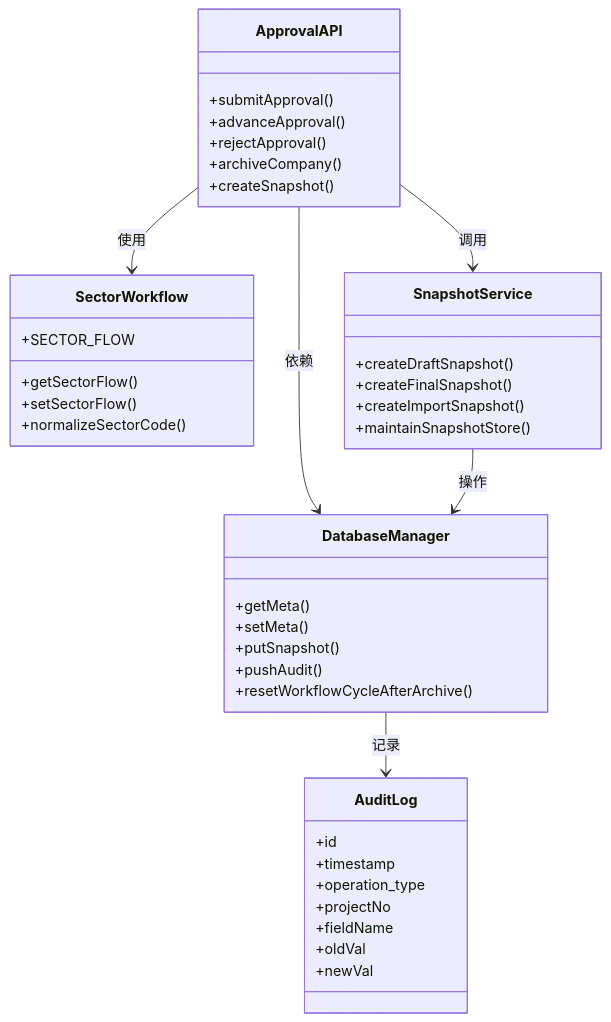
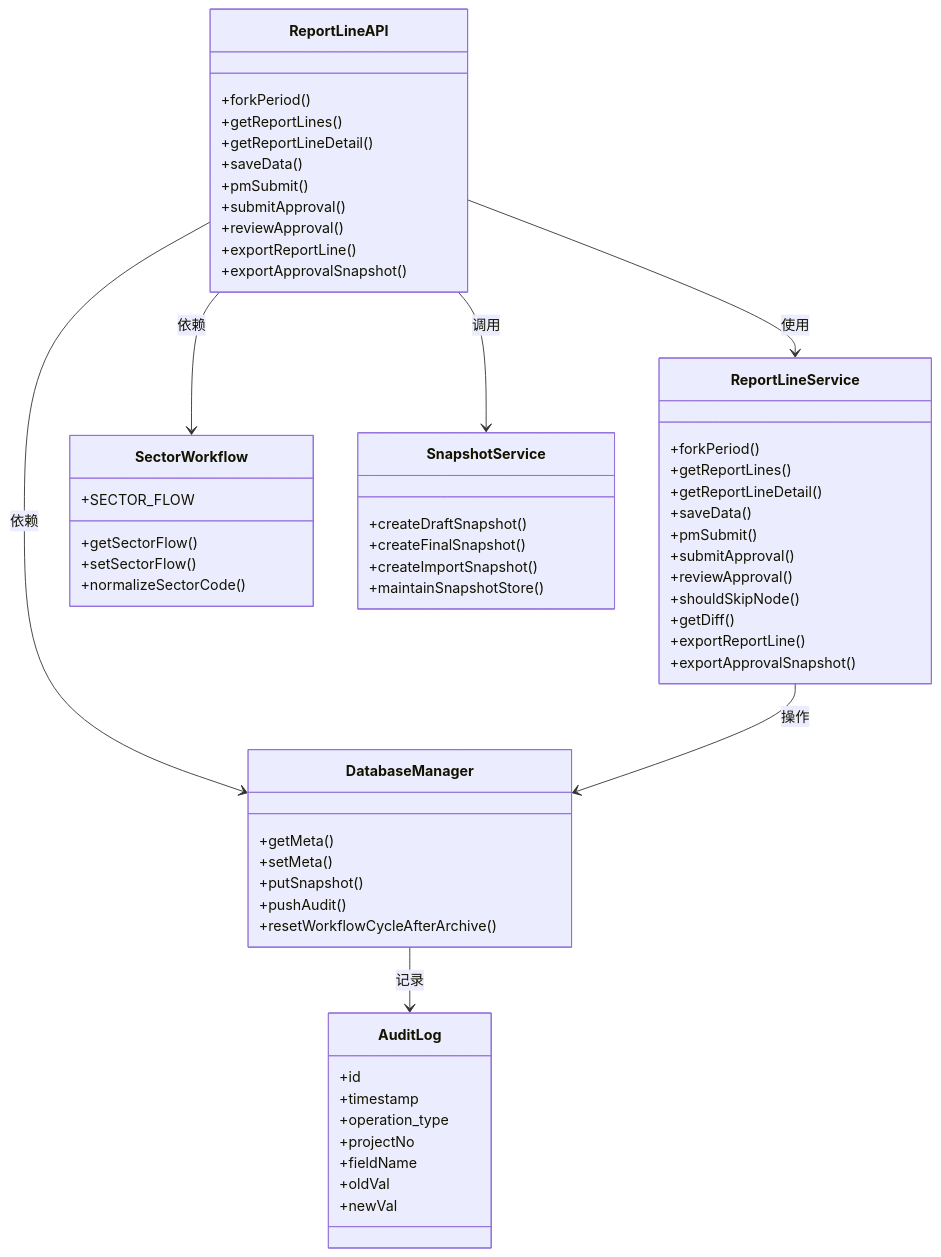
Before and after one commit to marcelxu0272/202605_project-tracking-table: the third of 4 diagrams in .qoder/repowiki/zh/content/API接口文档/审批流程API.md, drawn with Mermaid. The commit also changed other lines of this file and 17 other files, not shown here.

````diff
--- a/.qoder/repowiki/zh/content/API接口文档/审批流程API.md
+++ b/.qoder/repowiki/zh/content/API接口文档/审批流程API.md
@@ -311,43 +415,61 @@
 ```mermaid
 classDiagram
-class ApprovalAPI {
+class ReportLineAPI {
++forkPeriod()
++getReportLines()
++getReportLineDetail()
++saveData()
++pmSubmit()
 +submitApproval()
-+advanceApproval()
-+rejectApproval()
-+archiveCompany()
-+createSnapshot()
++reviewApproval()
++exportReportLine()
++exportApprovalSnapshot()
+}
+class ReportLineService {
++forkPeriod()
++getReportLines()
++getReportLineDetail()
++saveData()
++pmSubmit()
++submitApproval()
++reviewApproval()
++shouldSkipNode()
++getDiff()
++exportReportLine()
++exportApprovalSnapshot()
 }
 class SectorWorkflow {
 +getSectorFlow()
 +setSectorFlow()
 +normalizeSectorCode()
 +SECTOR_FLOW
 }
 class SnapshotService {
 +createDraftSnapshot()
 +createFinalSnapshot()
 +createImportSnapshot()
 +maintainSnapshotStore()
 }
 class DatabaseManager {
 +getMeta()
 +setMeta()
 +putSnapshot()
 +pushAudit()
 +resetWorkflowCycleAfterArchive()
 }
 class AuditLog {
 +id
 +timestamp
 +operation_type
 +projectNo
 +fieldName
 +oldVal
 +newVal
 }
-ApprovalAPI --> SectorWorkflow : 使用
-ApprovalAPI --> SnapshotService : 调用
-ApprovalAPI --> DatabaseManager : 依赖
-SnapshotService --> DatabaseManager : 操作
+ReportLineAPI --> ReportLineService : 使用
+ReportLineAPI --> SectorWorkflow : 依赖
+ReportLineAPI --> SnapshotService : 调用
+ReportLineAPI --> DatabaseManager : 依赖
+ReportLineService --> DatabaseManager : 操作
 DatabaseManager --> AuditLog : 记录
 ```
````
